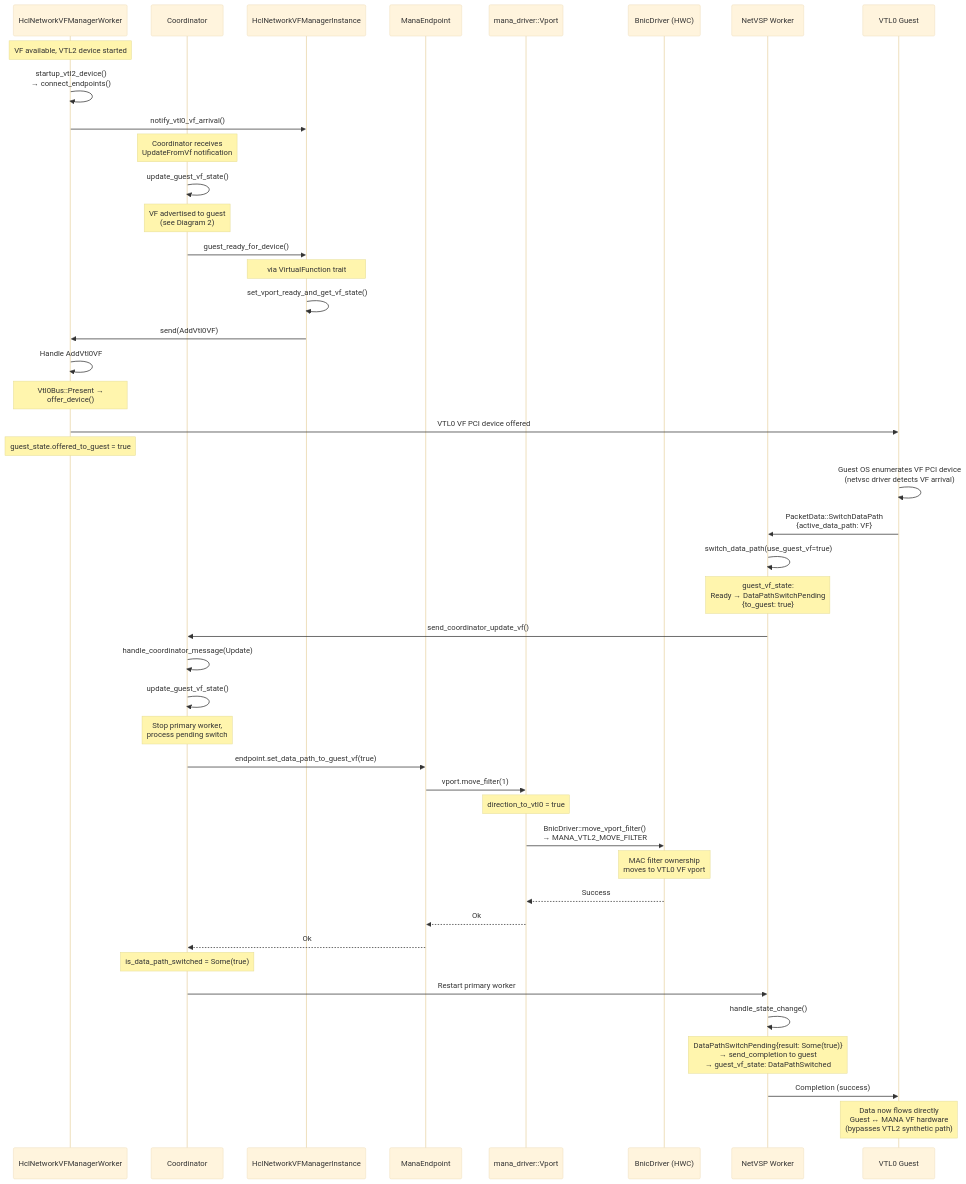
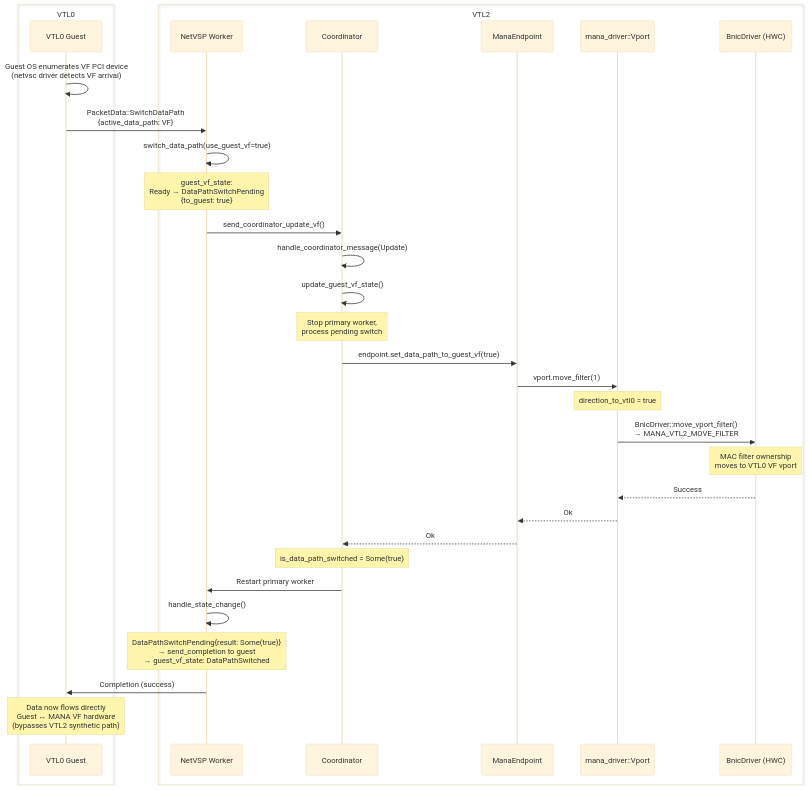
One commit to ben-zen/openvmm changed the fourth of 7 diagrams in Guide/src/dev_guide/netvsp_mana_lifecycle_diagrams.md. Above: the diagram before and after it, drawn with Mermaid (base theme).

Commit message:
Updated diagrams to better divide descriptions and provide more clarity to the reader.

````diff
--- a/Guide/src/dev_guide/netvsp_mana_lifecycle_diagrams.md
+++ b/Guide/src/dev_guide/netvsp_mana_lifecycle_diagrams.md
@@ -200,61 +235,45 @@
 ```mermaid
 sequenceDiagram
-    participant VFMgrWkr as HclNetworkVFManagerWorker
+    box VTL0
+    participant Guest as VTL0 Guest
+    end
+
+    box VTL2
+    participant NetVSP as NetVSP Worker
     participant Coord as Coordinator
-    participant VFMgrInst as HclNetworkVFManagerInstance
     participant ManaEP as ManaEndpoint
     participant Vport as mana_driver::Vport
     participant BNIC as BnicDriver (HWC)
-    
-    participant NetVSP as NetVSP Worker
-    participant Guest as VTL0 Guest
+    end
 
-    Note over VFMgrWkr: VF available, VTL2 device started
-    VFMgrWkr->>VFMgrWkr: startup_vtl2_device()<br/>→ connect_endpoints()
-    VFMgrWkr->>VFMgrInst: notify_vtl0_vf_arrival()
-
-    Note over Coord: Coordinator receives<br/>UpdateFromVf notification
-    Coord->>Coord: update_guest_vf_state()
-
-    Note over Coord: VF advertised to guest<br/>(see Diagram 2)
-
-    Coord->>VFMgrInst: guest_ready_for_device()
-    Note over VFMgrInst: via VirtualFunction trait
-    VFMgrInst->>VFMgrInst: set_vport_ready_and_get_vf_state()
-    VFMgrInst->>VFMgrWkr: send(AddVtl0VF)
-
-    VFMgrWkr->>VFMgrWkr: Handle AddVtl0VF
-    Note over VFMgrWkr: Vtl0Bus::Present →<br/>offer_device()
-    VFMgrWkr->>Guest: VTL0 VF PCI device offered
-    Note over VFMgrWkr: guest_state.offered_to_guest = true
 
     Guest->>Guest: Guest OS enumerates VF PCI device<br/>(netvsc driver detects VF arrival)
 
     Guest->>NetVSP: PacketData::SwitchDataPath<br/>{active_data_path: VF}
     NetVSP->>NetVSP: switch_data_path(use_guest_vf=true)
     Note over NetVSP: guest_vf_state:<br/>Ready → DataPathSwitchPending<br/>{to_guest: true}
     NetVSP->>Coord: send_coordinator_update_vf()
 
     Coord->>Coord: handle_coordinator_message(Update)
     Coord->>Coord: update_guest_vf_state()
 
     Note over Coord: Stop primary worker,<br/>process pending switch
     Coord->>ManaEP: endpoint.set_data_path_to_guest_vf(true)
     ManaEP->>Vport: vport.move_filter(1)
     Note over Vport: direction_to_vtl0 = true
     Vport->>BNIC: BnicDriver::move_vport_filter()<br/>→ MANA_VTL2_MOVE_FILTER
     Note over BNIC: MAC filter ownership<br/>moves to VTL0 VF vport
 
     BNIC-->>Vport: Success
     Vport-->>ManaEP: Ok
     ManaEP-->>Coord: Ok
     Note over Coord: is_data_path_switched = Some(true)
 
     Coord->>NetVSP: Restart primary worker
     NetVSP->>NetVSP: handle_state_change()
     Note over NetVSP: DataPathSwitchPending{result: Some(true)}<br/>→ send_completion to guest<br/>→ guest_vf_state: DataPathSwitched
 
     NetVSP->>Guest: Completion (success)
 
     Note over Guest: Data now flows directly<br/>Guest ↔ MANA VF hardware<br/>(bypasses VTL2 synthetic path)
 ```
````
